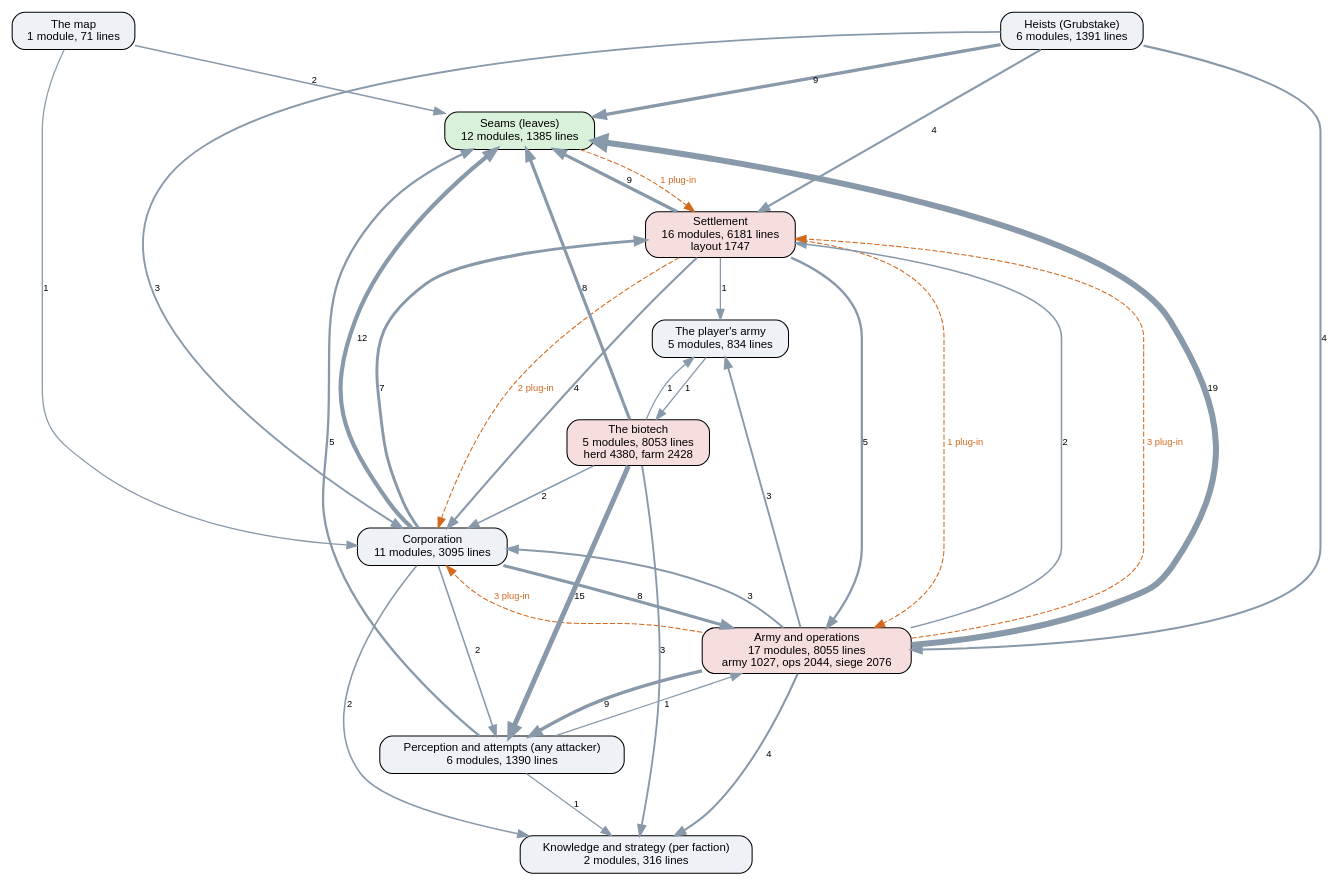
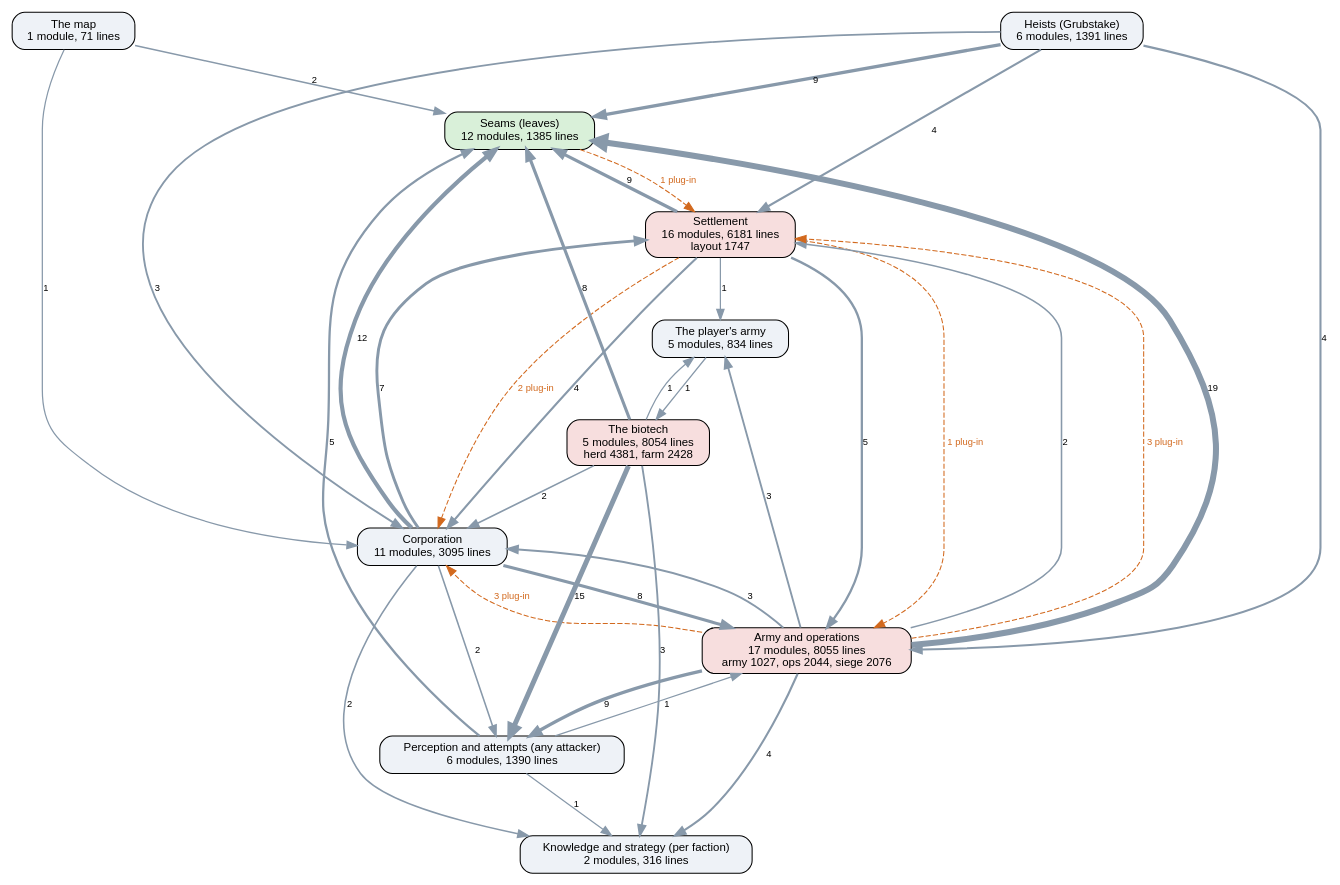
Before and after one commit to kinelhu/landing-party: the diagram in docs/ai-layers.dot, drawn with Graphviz. The commit also changed 9 other files, not shown here.

```diff
--- a/docs/ai-layers.dot
+++ b/docs/ai-layers.dot
@@ -1,50 +1,50 @@
 digraph layers {
   graph [rankdir=TB, fontname="Helvetica", nodesep=0.5, ranksep=0.7];
   node [shape=box, style="rounded,filled", fontname="Helvetica", fontsize=11, fillcolor="#eef2f7"];
   edge [color="#8899aa", fontname="Helvetica", fontsize=9];
   "Seams (leaves)" [label="Seams (leaves)\n12 modules, 1385 lines", fillcolor="#d9f0d9"];
   "Perception and attempts (any attacker)" [label="Perception and attempts (any attacker)\n6 modules, 1390 lines", fillcolor="#eef2f7"];
   "Knowledge and strategy (per faction)" [label="Knowledge and strategy (per faction)\n2 modules, 316 lines", fillcolor="#eef2f7"];
   "Corporation" [label="Corporation\n11 modules, 3095 lines", fillcolor="#eef2f7"];
   "Settlement" [label="Settlement\n16 modules, 6181 lines\nlayout 1747", fillcolor="#f7dede"];
   "Army and operations" [label="Army and operations\n17 modules, 8055 lines\narmy 1027, ops 2044, siege 2076", fillcolor="#f7dede"];
   "Heists (Grubstake)" [label="Heists (Grubstake)\n6 modules, 1391 lines", fillcolor="#eef2f7"];
-  "The biotech" [label="The biotech\n5 modules, 8053 lines\nherd 4380, farm 2428", fillcolor="#f7dede"];
+  "The biotech" [label="The biotech\n5 modules, 8054 lines\nherd 4381, farm 2428", fillcolor="#f7dede"];
   "The map" [label="The map\n1 module, 71 lines", fillcolor="#eef2f7"];
   "The player's army" [label="The player's army\n5 modules, 834 lines", fillcolor="#eef2f7"];
   "Army and operations" -> "Corporation" [label="3", penwidth=1.8];
   "Army and operations" -> "Knowledge and strategy (per faction)" [label="4", penwidth=2.0];
   "Army and operations" -> "Perception and attempts (any attacker)" [label="9", penwidth=3.2];
   "Army and operations" -> "Seams (leaves)" [label="19", penwidth=5.8];
   "Army and operations" -> "Settlement" [label="2", penwidth=1.5];
   "Army and operations" -> "The player's army" [label="3", penwidth=1.8];
   "Corporation" -> "Army and operations" [label="8", penwidth=3.0];
   "Corporation" -> "Knowledge and strategy (per faction)" [label="2", penwidth=1.5];
   "Corporation" -> "Perception and attempts (any attacker)" [label="2", penwidth=1.5];
   "Corporation" -> "Seams (leaves)" [label="12", penwidth=4.0];
   "Corporation" -> "Settlement" [label="7", penwidth=2.8];
   "Heists (Grubstake)" -> "Army and operations" [label="4", penwidth=2.0];
   "Heists (Grubstake)" -> "Corporation" [label="3", penwidth=1.8];
   "Heists (Grubstake)" -> "Seams (leaves)" [label="9", penwidth=3.2];
   "Heists (Grubstake)" -> "Settlement" [label="4", penwidth=2.0];
   "Perception and attempts (any attacker)" -> "Army and operations" [label="1", penwidth=1.2];
   "Perception and attempts (any attacker)" -> "Knowledge and strategy (per faction)" [label="1", penwidth=1.2];
   "Perception and attempts (any attacker)" -> "Seams (leaves)" [label="5", penwidth=2.2];
   "Settlement" -> "Army and operations" [label="5", penwidth=2.2];
   "Settlement" -> "Corporation" [label="4", penwidth=2.0];
   "Settlement" -> "Seams (leaves)" [label="9", penwidth=3.2];
   "Settlement" -> "The player's army" [label="1", penwidth=1.2];
   "The biotech" -> "Corporation" [label="2", penwidth=1.5];
   "The biotech" -> "Knowledge and strategy (per faction)" [label="3", penwidth=1.8];
   "The biotech" -> "Perception and attempts (any attacker)" [label="15", penwidth=4.8];
   "The biotech" -> "Seams (leaves)" [label="8", penwidth=3.0];
   "The biotech" -> "The player's army" [label="1", penwidth=1.2];
   "The map" -> "Corporation" [label="1", penwidth=1.2];
   "The map" -> "Seams (leaves)" [label="2", penwidth=1.5];
   "The player's army" -> "The biotech" [label="1", penwidth=1.2];
   "Army and operations" -> "Corporation" [style=dashed, color="#d2691e", fontcolor="#d2691e", label="3 plug-in"];
   "Army and operations" -> "Settlement" [style=dashed, color="#d2691e", fontcolor="#d2691e", label="3 plug-in"];
   "Seams (leaves)" -> "Settlement" [style=dashed, color="#d2691e", fontcolor="#d2691e", label="1 plug-in"];
   "Settlement" -> "Army and operations" [style=dashed, color="#d2691e", fontcolor="#d2691e", label="1 plug-in"];
   "Settlement" -> "Corporation" [style=dashed, color="#d2691e", fontcolor="#d2691e", label="2 plug-in"];
 }
```
